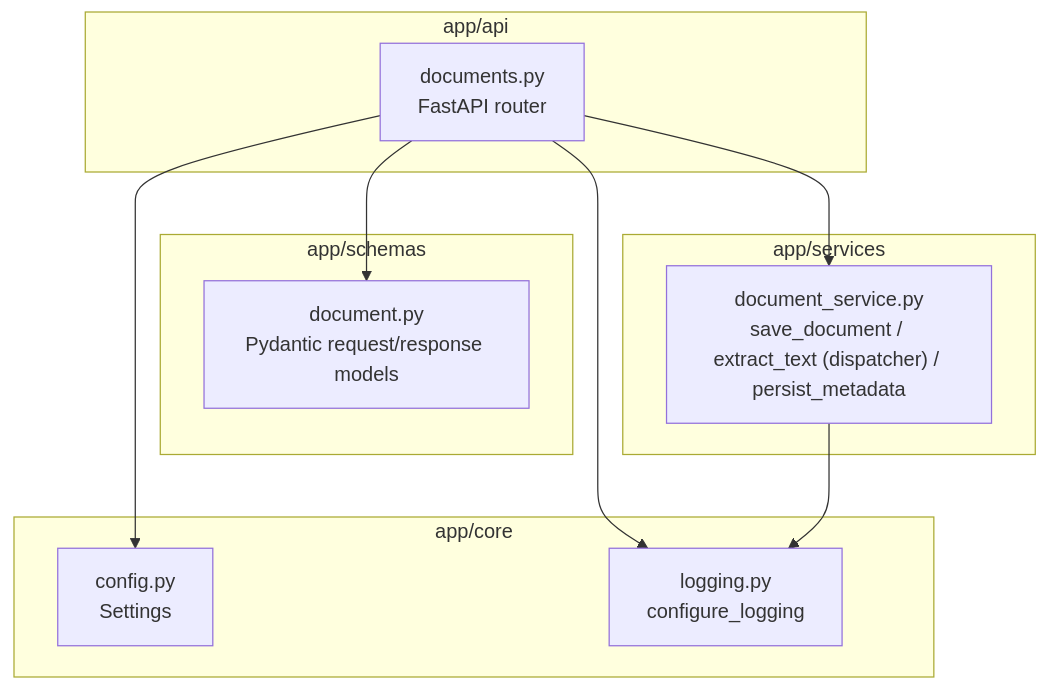
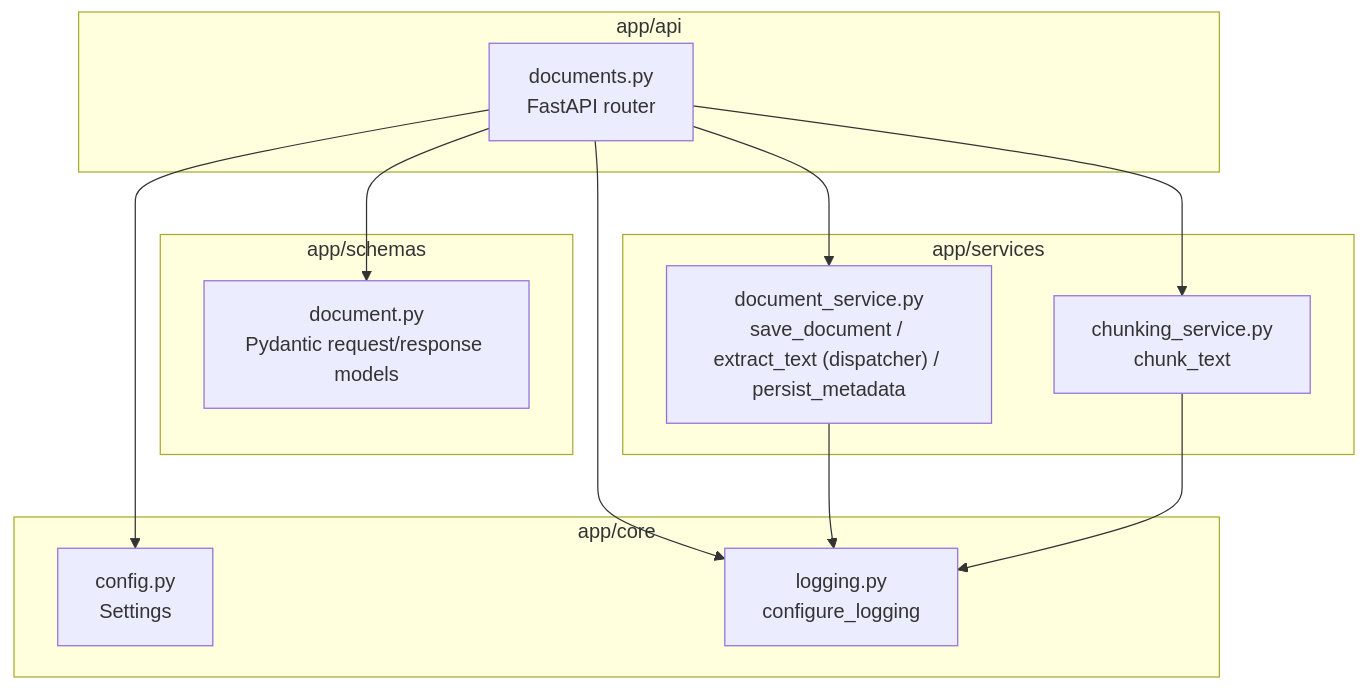
The first of 2 diagrams in docs/ARCHITECTURE.md (NavdeepTU/KnowledgeHub_AI), drawn with Mermaid before and after one commit. The commit also changed other lines of this file and 4 other files, not shown here.

````diff
--- a/docs/ARCHITECTURE.md
+++ b/docs/ARCHITECTURE.md
@@ -14,25 +14,28 @@
 ```mermaid
 flowchart TD
     subgraph API["app/api"]
         documents["documents.py<br/>FastAPI router"]
     end
 
     subgraph Schemas["app/schemas"]
         schema["document.py<br/>Pydantic request/response models"]
     end
 
     subgraph Services["app/services"]
         service["document_service.py<br/>save_document / extract_text (dispatcher) / persist_metadata"]
+        chunking["chunking_service.py<br/>chunk_text"]
     end
 
     subgraph Core["app/core"]
         config["config.py<br/>Settings"]
         logging_["logging.py<br/>configure_logging"]
     end
 
     documents --> schema
     documents --> service
+    documents --> chunking
     documents --> config
     documents --> logging_
     service --> logging_
+    chunking --> logging_
 ```
````
